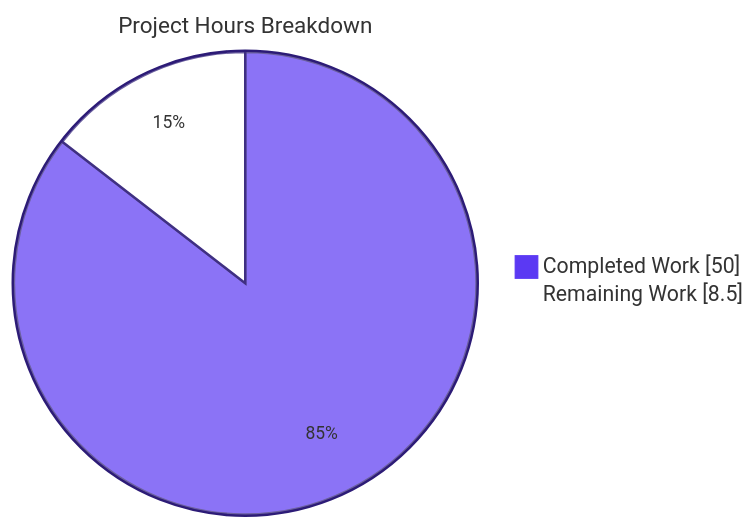
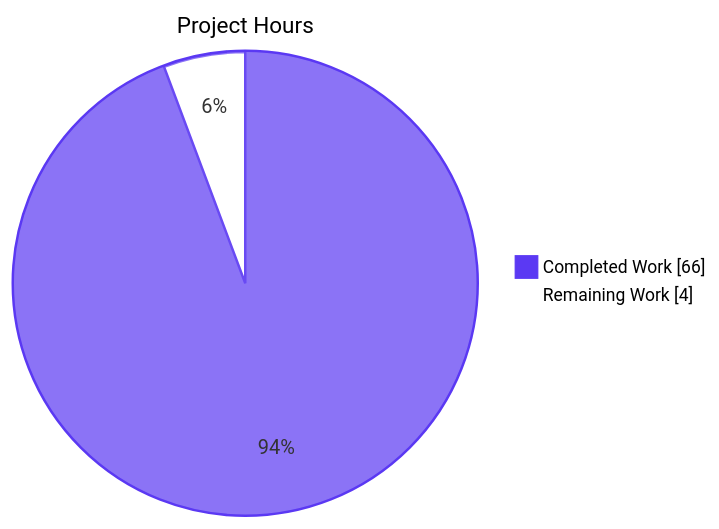
Before and after one commit to Blitzy-Sandbox/blitzy-cal: the second of 4 diagrams in blitzy/documentation/Project Guide.md, drawn with Mermaid. The commit also changed other lines of this file, not shown here.

Commit message:
Adding Blitzy Project Guide: Project Status and Human Tasks Remaining

````diff
--- a/blitzy/documentation/Project Guide.md
+++ b/blitzy/documentation/Project Guide.md
@@ -235,6 +232,6 @@
 ```mermaid
-%%{init: {'theme':'base','themeVariables':{'pie1':'#5B39F3','pie2':'#FFFFFF','pieStrokeColor':'#2D1C77','pieOuterStrokeColor':'#2D1C77','pieTitleTextSize':'18px','pieSectionTextSize':'14px'}}}%%
-pie showData title Project Hours Breakdown
-    "Completed Work" : 50
-    "Remaining Work" : 8.5
+%%{init: {"themeVariables": {"pie1": "#5B39F3", "pie2": "#FFFFFF", "pieStrokeColor": "#5B39F3", "pieOuterStrokeColor": "#5B39F3", "pieTitleTextSize": "18px", "pieSectionTextSize": "16px", "pieLegendTextSize": "14px"}}}%%
+pie showData title Project Hours
+    "Completed Work" : 66
+    "Remaining Work" : 4
 ```
````
